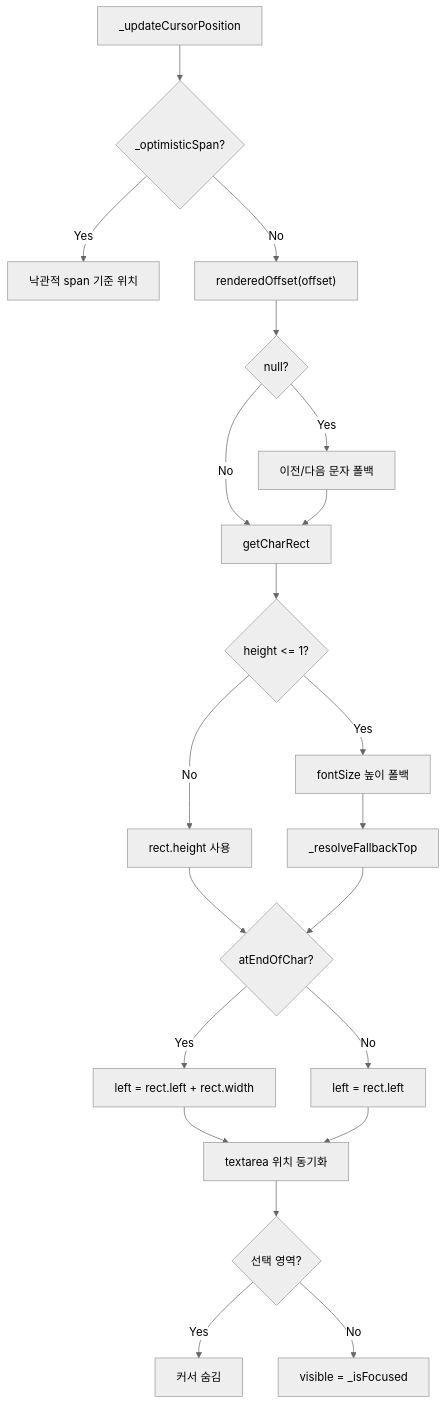
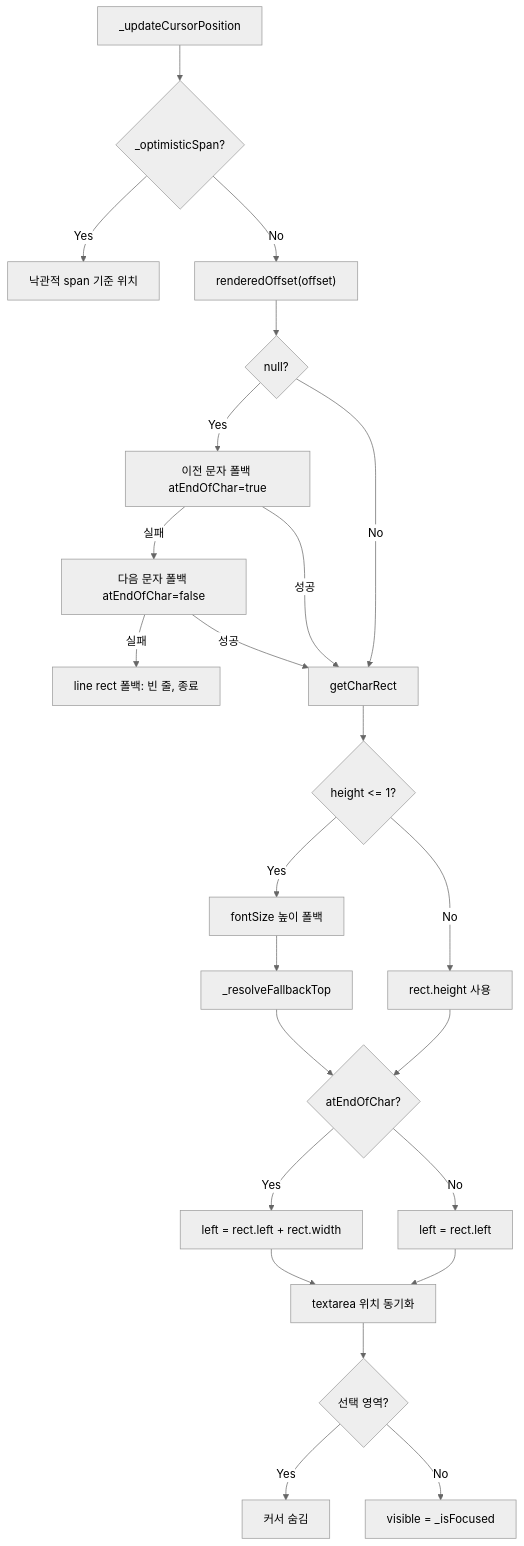
Before and after one commit to kyiimn/layout-element: diagram 13 of 14 in docs/EDITING_TEXT.md, drawn with Mermaid (neutral theme). The commit also changed other lines of this file, not shown here.

First line of the commit message:
docs: update editing docs for line-index-based cursor navigation and empty line handling

````diff
--- a/docs/EDITING_TEXT.md
+++ b/docs/EDITING_TEXT.md
@@ -1556,23 +1598,26 @@
 ```mermaid
 flowchart TD
     A[_updateCursorPosition] --> B{"_optimisticSpan?"}
     B -->|Yes| C[낙관적 span 기준 위치]
     B -->|No| D["renderedOffset(offset)"]
     D --> E{null?}
-    E -->|Yes| F["이전/다음 문자 폴백"]
+    E -->|Yes| F1["이전 문자 폴백 atEndOfChar=true"]
+    F1 -->|실패| F2["다음 문자 폴백 atEndOfChar=false"]
+    F2 -->|실패| F3["line rect 폴백: 빈 줄, 종료"]
+    F1 -->|성공| G
+    F2 -->|성공| G
     E -->|No| G[getCharRect]
-    F --> G
     G --> H{height <= 1?}
     H -->|Yes| I["fontSize 높이 폴백"]
     H -->|No| J[rect.height 사용]
     I --> K["_resolveFallbackTop"]
     J --> L{"atEndOfChar?"}
     K --> L
     L -->|Yes| M["left = rect.left + rect.width"]
     L -->|No| N["left = rect.left"]
     M --> O["textarea 위치 동기화"]
     N --> O
     O --> P{"선택 영역?"}
     P -->|Yes| Q[커서 숨김]
     P -->|No| R["visible = _isFocused"]
 ```
````
